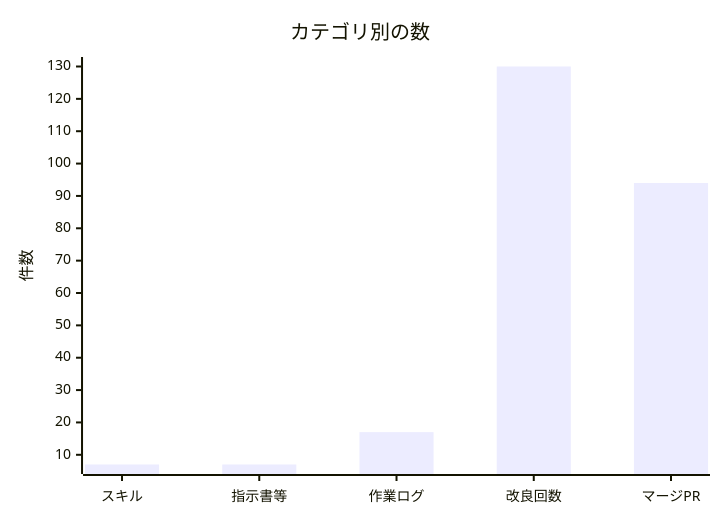
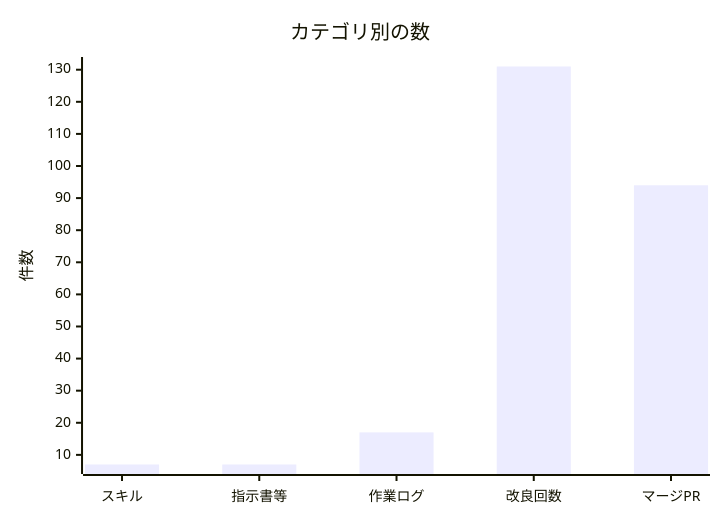
Before and after one commit to non-x2/non-x2: the second of 2 diagrams in docs/進化レポート.md, drawn with Mermaid. The commit also changed other lines of this file and 1 other file, not shown here.

````diff
--- a/docs/進化レポート.md
+++ b/docs/進化レポート.md
@@ -35,7 +35,7 @@
 ```mermaid
 xychart-beta
     title "カテゴリ別の数"
     x-axis ["スキル", "指示書等", "作業ログ", "改良回数", "マージPR"]
     y-axis "件数"
-    bar [7, 7, 17, 130, 94]
+    bar [7, 7, 17, 131, 94]
 ```
````
